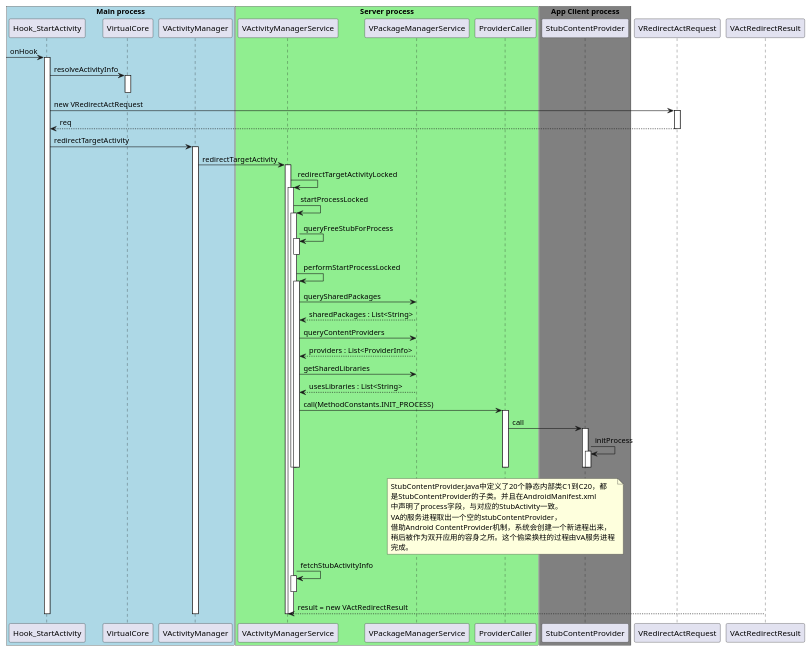
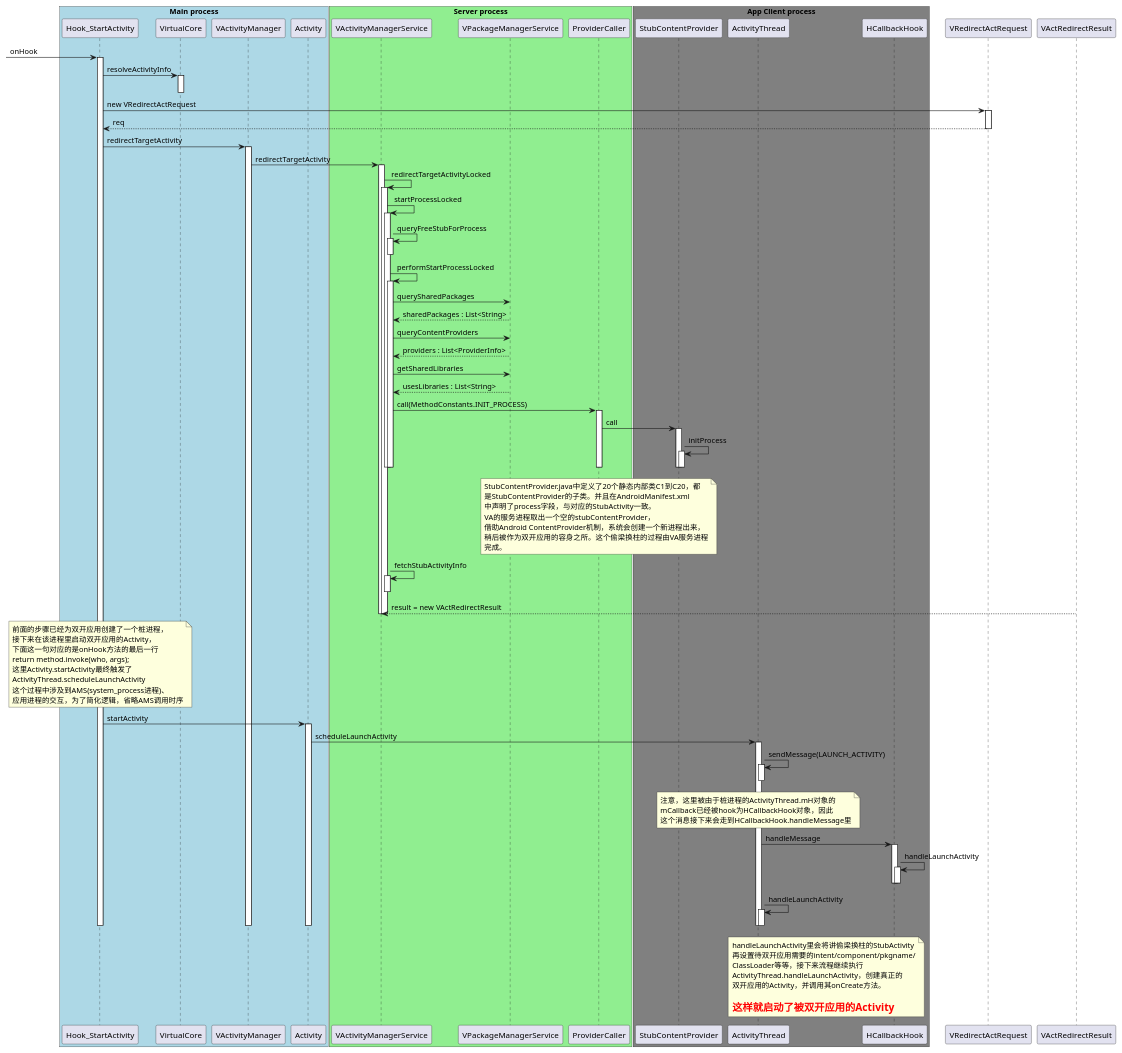
Before and after one commit to prife/VirtualAppDoc: the diagram in VAStartActivity.puml, drawn with PlantUML. The commit also changed 2 other files, not shown here.

Commit message:
update VAStartActivity

```diff
--- a/VAStartActivity.puml
+++ b/VAStartActivity.puml
@@ -1,89 +1,141 @@
 @startuml
 
 box "Main process" #LightBlue
 	participant Hook_StartActivity
 	participant VirtualCore
 	participant VActivityManager
+    participant Activity
 end box
 
 box "Server process" #LightGreen
 	participant VActivityManagerService
 	participant VPackageManagerService
 	participant ProviderCaller
 
 end box
 
 box "App Client process" #Gray
 	participant StubContentProvider
+	participant ActivityThread
+	participant HCallbackHook
 end box
 
 [-> Hook_StartActivity : onHook
 
 activate Hook_StartActivity
 Hook_StartActivity -> VirtualCore : resolveActivityInfo
 activate VirtualCore
 
 deactivate VirtualCore
 
 Hook_StartActivity -> VRedirectActRequest : new VRedirectActRequest
 
 activate VRedirectActRequest
 Hook_StartActivity <-- VRedirectActRequest : req
 deactivate VRedirectActRequest
 
 Hook_StartActivity -> VActivityManager : redirectTargetActivity
 activate VActivityManager
     VActivityManager -> VActivityManagerService : redirectTargetActivity
     activate VActivityManagerService
         VActivityManagerService -> VActivityManagerService : redirectTargetActivityLocked
         activate VActivityManagerService
             VActivityManagerService -> VActivityManagerService : startProcessLocked
             activate VActivityManagerService
                 VActivityManagerService -> VActivityManagerService : queryFreeStubForProcess
                 activate VActivityManagerService
                 deactivate VActivityManagerService
 
                 VActivityManagerService -> VActivityManagerService : performStartProcessLocked
                 activate VActivityManagerService
                     VActivityManagerService -> VPackageManagerService : querySharedPackages
                     VActivityManagerService <-- VPackageManagerService : sharedPackages : List<String>
 
                     VActivityManagerService -> VPackageManagerService : queryContentProviders
                     VActivityManagerService <-- VPackageManagerService : providers : List<ProviderInfo>
 
                     VActivityManagerService -> VPackageManagerService : getSharedLibraries
                     VActivityManagerService <-- VPackageManagerService : usesLibraries : List<String>
 
                     VActivityManagerService -> ProviderCaller : call(MethodConstants.INIT_PROCESS)
                     activate ProviderCaller
                         ProviderCaller -> StubContentProvider : call
                         activate StubContentProvider
                             StubContentProvider -> StubContentProvider : initProcess
                             activate StubContentProvider
                             deactivate StubContentProvider
                         deactivate StubContentProvider
                         note over ProviderCaller
                             StubContentProvider.java中定义了20个静态内部类C1到C20，都
                             是StubContentProvider的子类。并且在AndroidManifest.xml
                             中声明了process字段，与对应的StubActivity一致。
                             VA的服务进程取出一个空的stubContentProvider，
                             借助Android ContentProvider机制，系统会创建一个新进程出来，
                             稍后被作为双开应用的容身之所。这个偷梁换柱的过程由VA服务进程
                             完成。
                         endnote
                     deactivate ProviderCaller
                 deactivate VActivityManagerService
             deactivate VActivityManagerService
 
             VActivityManagerService -> VActivityManagerService : fetchStubActivityInfo
             activate VActivityManagerService
             deactivate VActivityManagerService
 
             VActivityManagerService <-- VActRedirectResult : result = new VActRedirectResult
         deactivate VActivityManagerService
     deactivate VActivityManagerService
+
+note over Hook_StartActivity
+前面的步骤已经为双开应用创建了一个桩进程，
+接下来在该进程里启动双开应用的Activity，
+下面这一句对应的是onHook方法的最后一行
+return method.invoke(who, args);
+这里Activity.startActivity最终触发了
+ActivityThread.scheduleLaunchActivity
+这个过程中涉及到AMS(system_process进程)、
+应用进程的交互，为了简化逻辑，省略AMS调用时序
+endnote
+
+Hook_StartActivity -> Activity : startActivity
+activate Activity
+    Activity -> ActivityThread : scheduleLaunchActivity
+    activate ActivityThread
+        ActivityThread -> ActivityThread : sendMessage(LAUNCH_ACTIVITY)
+        activate ActivityThread
+        deactivate ActivityThread
+        note over ActivityThread
+        注意，这里被由于桩进程的ActivityThread.mH对象的
+        mCallback已经被hook为HCallbackHook对象，因此
+        这个消息接下来会走到HCallbackHook.handleMessage里
+        endnote
+
+        ActivityThread -> HCallbackHook : handleMessage
+        activate HCallbackHook
+            HCallbackHook -> HCallbackHook : handleLaunchActivity
+            activate HCallbackHook
+            deactivate HCallbackHook
+        deactivate HCallbackHook
+
+        ActivityThread -> ActivityThread : handleLaunchActivity
+        activate ActivityThread
+        deactivate ActivityThread
+
+        note over ActivityThread, HCallbackHook
+        handleLaunchActivity里会将讲偷梁换柱的StubActivity
+        再设置待双开应用需要的intent/component/pkgname/
+        ClassLoader等等，接下来流程继续执行
+        ActivityThread.handleLaunchActivity，创建真正的
+        双开应用的Activity，并调用其onCreate方法。
+
+        **<color red><size:18>这样就启动了被双开应用的Activity</size></color>**
+        endnote
+    deactivate ActivityThread
+
+deactivate Activity
+
 deactivate VActivityManager
 
 deactivate Hook_StartActivity
 
 @enduml
```
